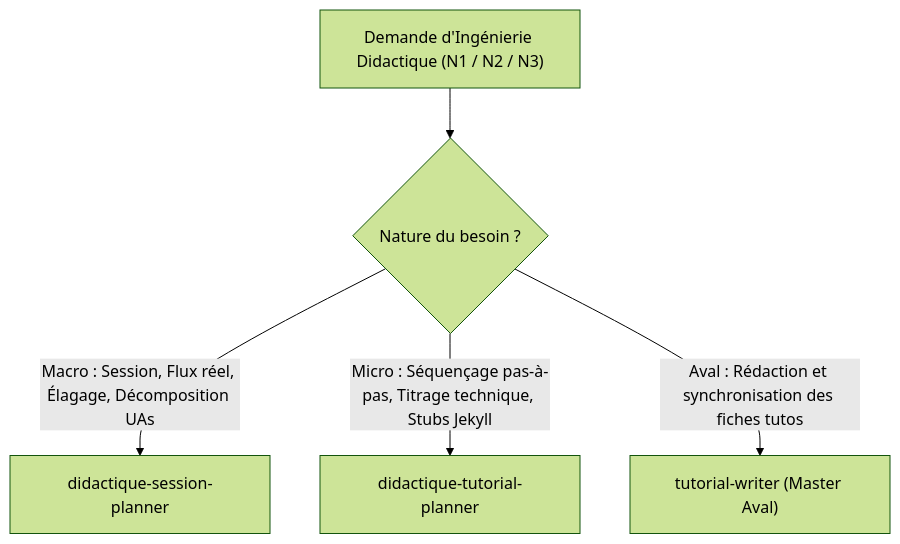
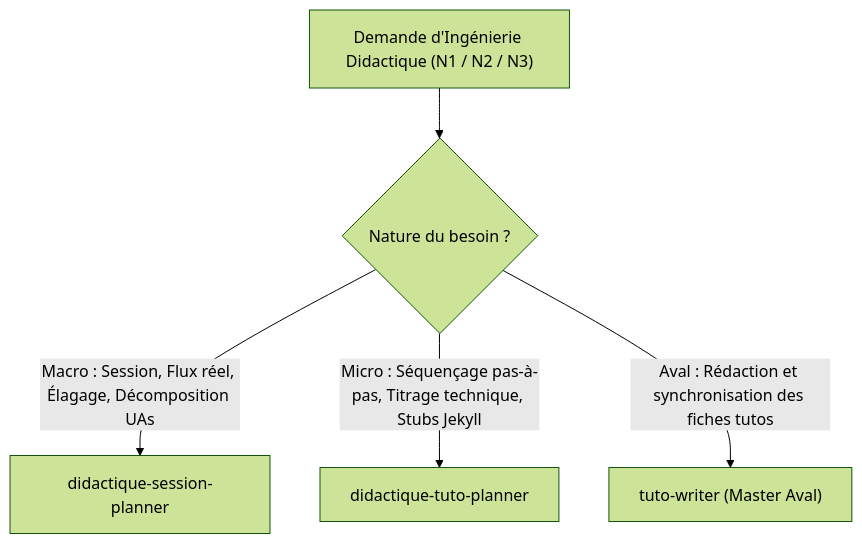
One commit to solicode-web-mobile/autoformations-professionaliser changed the diagram in .agents/skills/didactique/SKILL.md. Above: the diagram before and after it, drawn with Mermaid (forest theme). The commit also changed other lines of this file and 105 other files, not shown here.

````diff
--- a/.agents/skills/didactique/SKILL.md
+++ b/.agents/skills/didactique/SKILL.md
@@ -30,7 +30,7 @@
 ```mermaid
 flowchart TD
     Demande["Demande d'Ingénierie Didactique (N1 / N2 / N3)"] --> Routeur{"Nature du besoin ?"}
     Routeur -- "Macro : Session, Flux réel, Élagage, Décomposition UAs" --> SP["didactique-session-planner"]
-    Routeur -- "Micro : Séquençage pas-à-pas, Titrage technique, Stubs Jekyll" --> TP["didactique-tutorial-planner"]
-    Routeur -- "Aval : Rédaction et synchronisation des fiches tutos" --> TW["tutorial-writer (Master Aval)"]
+    Routeur -- "Micro : Séquençage pas-à-pas, Titrage technique, Stubs Jekyll" --> TP["didactique-tuto-planner"]
+    Routeur -- "Aval : Rédaction et synchronisation des fiches tutos" --> TW["tuto-writer (Master Aval)"]
 ```
````
